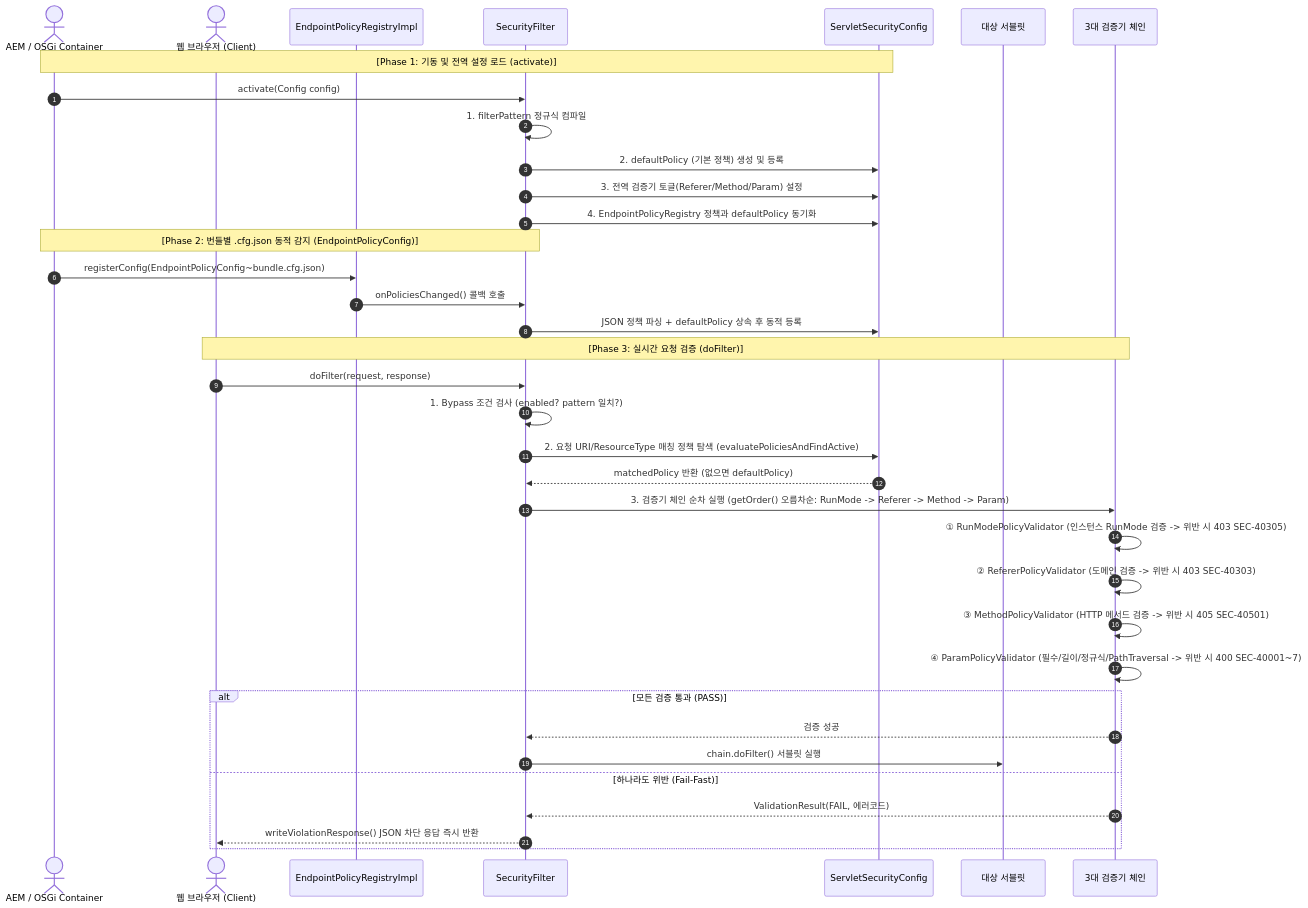
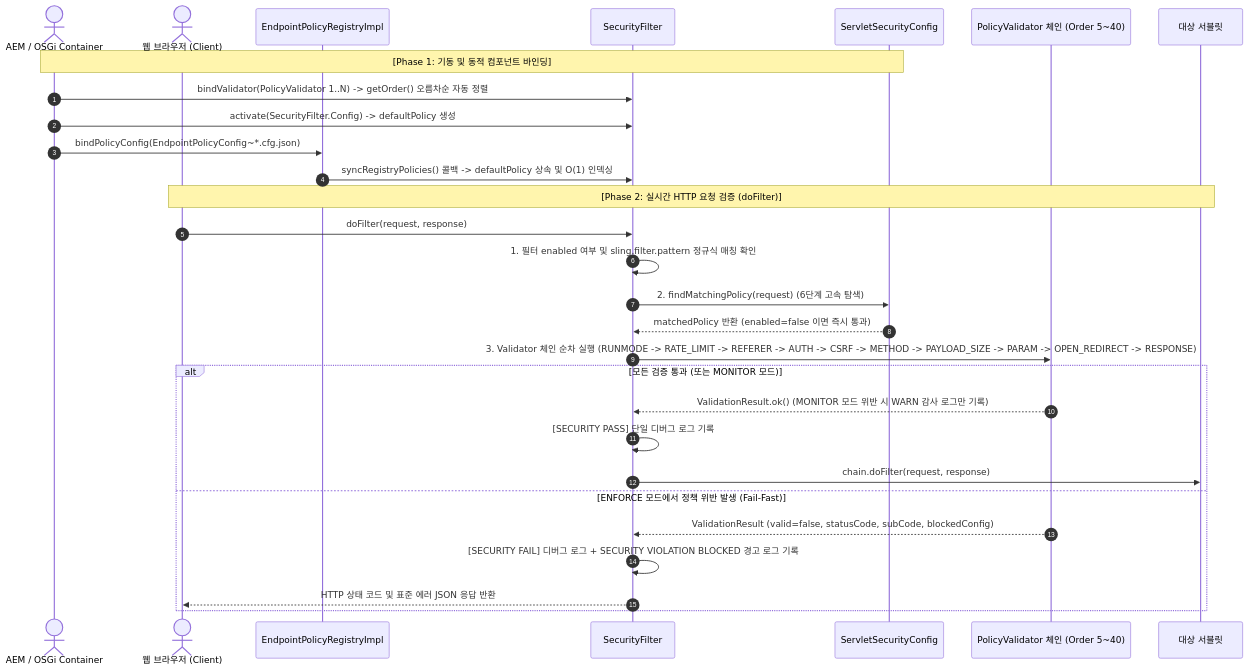
One commit to suafafa/security-simple changed the diagram in README.md. Above: the diagram before and after it, drawn with Mermaid. The commit also changed other lines of this file, not shown here.

Commit message:
Update README with comprehensive guides and examples for all 10 PolicyValidators

````diff
--- a/README.md
+++ b/README.md
@@ -35,43 +39,34 @@
 ```mermaid
 sequenceDiagram
     autonumber
     actor OSGi as AEM / OSGi Container
     actor Client as 웹 브라우저 (Client)
     participant Registry as EndpointPolicyRegistryImpl
     participant Filter as SecurityFilter
     participant Config as ServletSecurityConfig
+    participant Chain as PolicyValidator 체인 (Order 5~40)
     participant Servlet as 대상 서블릿
-    participant Chain as 3대 검증기 체인
 
-    Note over OSGi, Config: [Phase 1: 기동 및 전역 설정 로드 (activate)]
-    OSGi->>Filter: activate(Config config)
-    Filter->>Filter: 1. filterPattern 정규식 컴파일
-    Filter->>Config: 2. defaultPolicy (기본 정책) 생성 및 등록
-    Filter->>Config: 3. 전역 검증기 토글(Referer/Method/Param) 설정
-    Filter->>Config: 4. EndpointPolicyRegistry 정책과 defaultPolicy 동기화
+    Note over OSGi, Config: [Phase 1: 기동 및 동적 컴포넌트 바인딩]
+    OSGi->>Filter: bindValidator(PolicyValidator 1..N) -> getOrder() 오름차순 자동 정렬
+    OSGi->>Filter: activate(SecurityFilter.Config) -> defaultPolicy 생성
+    OSGi->>Registry: bindPolicyConfig(EndpointPolicyConfig~*.cfg.json)
+    Registry->>Filter: syncRegistryPolicies() 콜백 -> defaultPolicy 상속 및 O(1) 인덱싱
 
-    Note over OSGi, Filter: [Phase 2: 번들별 .cfg.json 동적 감지 (EndpointPolicyConfig)]
-    OSGi->>Registry: registerConfig(EndpointPolicyConfig~bundle.cfg.json)
-    Registry->>Filter: onPoliciesChanged() 콜백 호출
-    Filter->>Config: JSON 정책 파싱 + defaultPolicy 상속 후 동적 등록
+    Note over Client, Servlet: [Phase 2: 실시간 HTTP 요청 검증 (doFilter)]
+    Client->>Filter: doFilter(request, response)
+    Filter->>Filter: 1. 필터 enabled 여부 및 sling.filter.pattern 정규식 매칭 확인
+    Filter->>Config: 2. findMatchingPolicy(request) (6단계 고속 탐색)
+    Config-->>Filter: matchedPolicy 반환 (enabled=false 이면 즉시 통과)
 
-    Note over Client, Chain: [Phase 3: 실시간 요청 검증 (doFilter)]
-    Client->>Filter: doFilter(request, response)
-    Filter->>Filter: 1. Bypass 조건 검사 (enabled? pattern 일치?)
-    Filter->>Config: 2. 요청 URI/ResourceType 매칭 정책 탐색 (evaluatePoliciesAndFindActive)
-    Config-->>Filter: matchedPolicy 반환 (없으면 defaultPolicy)
-
-    Filter->>Chain: 3. 검증기 체인 순차 실행 (getOrder() 오름차순: RunMode -> Referer -> Method -> Param)
-    Chain->>Chain: ① RunModePolicyValidator (인스턴스 RunMode 검증 -> 위반 시 403 SEC-40305)
-    Chain->>Chain: ② RefererPolicyValidator (도메인 검증 -> 위반 시 403 SEC-40303)
-    Chain->>Chain: ③ MethodPolicyValidator (HTTP 메서드 검증 -> 위반 시 405 SEC-40501)
-    Chain->>Chain: ④ ParamPolicyValidator (필수/길이/정규식/PathTraversal -> 위반 시 400 SEC-40001~7)
-
-    alt 모든 검증 통과 (PASS)
-        Chain-->>Filter: 검증 성공
-        Filter->>Servlet: chain.doFilter() 서블릿 실행
-    else 하나라도 위반 (Fail-Fast)
-        Chain-->>Filter: ValidationResult(FAIL, 에러코드)
-        Filter-->>Client: writeViolationResponse() JSON 차단 응답 즉시 반환
+    Filter->>Chain: 3. Validator 체인 순차 실행 (RUNMODE -> RATE_LIMIT -> REFERER -> AUTH -> CSRF -> METHOD -> PAYLOAD_SIZE -> PARAM -> OPEN_REDIRECT -> RESPONSE)
+    alt 모든 검증 통과 (또는 MONITOR 모드)
+        Chain-->>Filter: ValidationResult.ok() (MONITOR 모드 위반 시 WARN 감사 로그만 기록)
+        Filter->>Filter: [SECURITY PASS] 단일 디버그 로그 기록
+        Filter->>Servlet: chain.doFilter(request, response)
+    else ENFORCE 모드에서 정책 위반 발생 (Fail-Fast)
+        Chain-->>Filter: ValidationResult (valid=false, statusCode, subCode, blockedConfig)
+        Filter->>Filter: [SECURITY FAIL] 디버그 로그 + SECURITY VIOLATION BLOCKED 경고 로그 기록
+        Filter-->>Client: HTTP 상태 코드 및 표준 에러 JSON 응답 반환
     end
 ```
````
